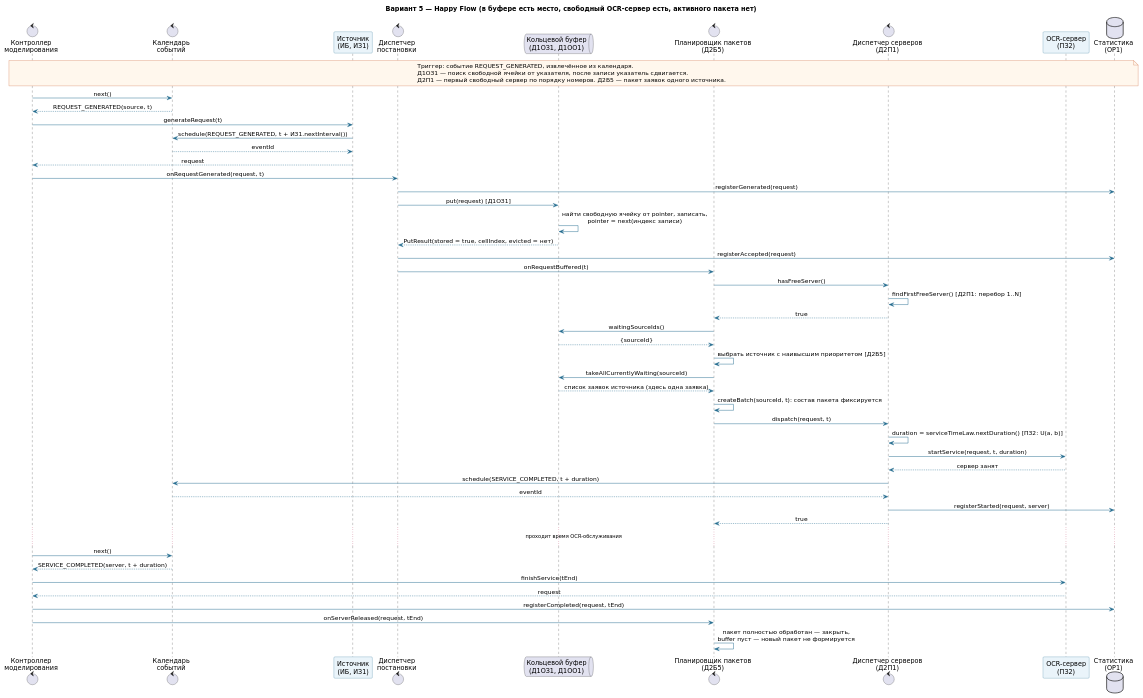
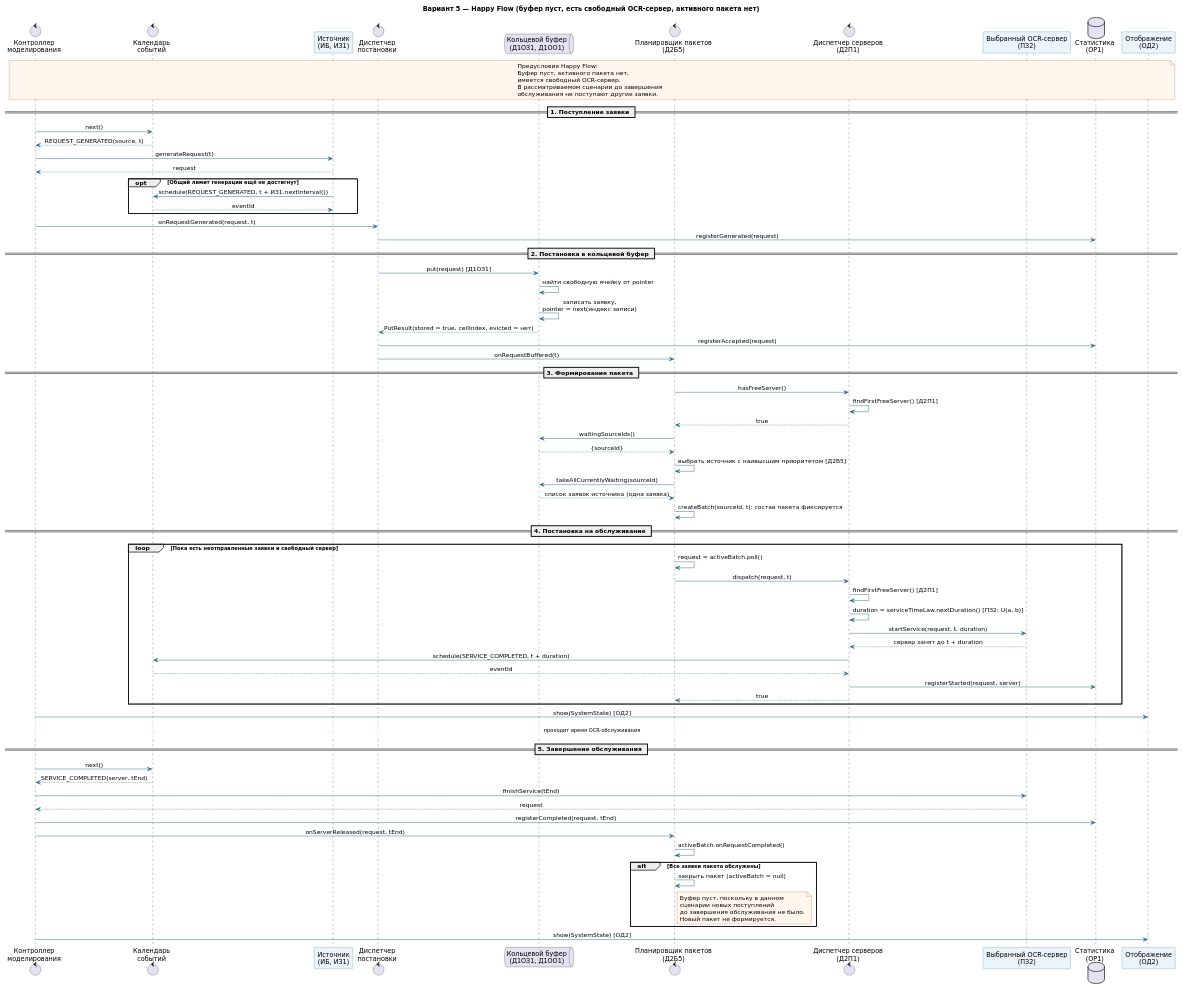
Before and after one commit to xanaoxx/smo-ocr-variant-5: the diagram in smo-ocr-variant-5/diagrams/sequence/happy-flow.puml, drawn with PlantUML. The commit also changed other lines of this file, not shown here.

```diff
--- a/smo-ocr-variant-5/diagrams/sequence/happy-flow.puml
+++ b/smo-ocr-variant-5/diagrams/sequence/happy-flow.puml
@@ -1,71 +2,117 @@
 @startuml
 skinparam backgroundColor white
 skinparam shadowing false
 skinparam defaultFontName DejaVu Sans
 skinparam sequenceMessageAlign center
 skinparam ArrowColor #236B8E
 skinparam ParticipantBorderColor #236B8E
 skinparam ParticipantBackgroundColor #EAF4FA
 skinparam NoteBackgroundColor #FFF7ED
 skinparam NoteBorderColor #C2410C
 
-title Вариант 5 — Happy Flow (в буфере есть место, свободный OCR-сервер есть, активного пакета нет)
+title Вариант 5 — Happy Flow (буфер пуст, есть свободный OCR-сервер, активного пакета нет)
 
 control "Контроллер\nмоделирования" as Controller
 control "Календарь\nсобытий" as Calendar
 participant "Источник\n(ИБ, ИЗ1)" as Source
 control "Диспетчер\nпостановки" as Placement
 queue "Кольцевой буфер\n(Д1ОЗ1, Д1ОО1)" as Buffer
 control "Планировщик пакетов\n(Д2Б5)" as Batch
 control "Диспетчер серверов\n(Д2П1)" as ServerDispatch
-participant "OCR-сервер\n(ПЗ2)" as Worker
+participant "Выбранный OCR-сервер\n(ПЗ2)" as Worker
 database "Статистика\n(ОР1)" as Stats
+participant "Отображение\n(ОД2)" as View
 
-note over Controller, Stats
-Триггер: событие REQUEST_GENERATED, извлечённое из календаря.
-Д1ОЗ1 — поиск свободной ячейки от указателя, после записи указатель сдвигается.
-Д2П1 — первый свободный сервер по порядку номеров. Д2Б5 — пакет заявок одного источника.
+note over Controller, View
+Предусловия Happy Flow:
+Буфер пуст, активного пакета нет,
+имеется свободный OCR-сервер.
+В рассматриваемом сценарии до завершения
+обслуживания не поступают другие заявки.
 end note
+
+== 1. Поступление заявки ==
 
 Controller -> Calendar: next()
 Calendar --> Controller: REQUEST_GENERATED(source, t)
+
 Controller -> Source: generateRequest(t)
-Source -> Calendar: schedule(REQUEST_GENERATED, t + ИЗ1.nextInterval())
-Calendar --> Source: eventId
 Source --> Controller: request
+
+opt Общий лимит генерации ещё не достигнут
+  Source -> Calendar: schedule(REQUEST_GENERATED, t + ИЗ1.nextInterval())
+  Calendar --> Source: eventId
+end
+
 Controller -> Placement: onRequestGenerated(request, t)
 Placement -> Stats: registerGenerated(request)
+
+== 2. Постановка в кольцевой буфер ==
+
 Placement -> Buffer: put(request) [Д1ОЗ1]
-Buffer -> Buffer: найти свободную ячейку от pointer, записать,\npointer = next(индекс записи)
+Buffer -> Buffer: найти свободную ячейку от pointer
+Buffer -> Buffer: записать заявку,\npointer = next(индекс записи)
 Buffer --> Placement: PutResult(stored = true, cellIndex, evicted = нет)
+
 Placement -> Stats: registerAccepted(request)
 Placement -> Batch: onRequestBuffered(t)
 
+== 3. Формирование пакета ==
+
 Batch -> ServerDispatch: hasFreeServer()
-ServerDispatch -> ServerDispatch: findFirstFreeServer() [Д2П1: перебор 1..N]
+ServerDispatch -> ServerDispatch: findFirstFreeServer() [Д2П1]
 ServerDispatch --> Batch: true
+
 Batch -> Buffer: waitingSourceIds()
 Buffer --> Batch: {sourceId}
+
 Batch -> Batch: выбрать источник с наивысшим приоритетом [Д2Б5]
 Batch -> Buffer: takeAllCurrentlyWaiting(sourceId)
-Buffer --> Batch: список заявок источника (здесь одна заявка)
+Buffer --> Batch: список заявок источника (одна заявка)
+
 Batch -> Batch: createBatch(sourceId, t): состав пакета фиксируется
-Batch -> ServerDispatch: dispatch(request, t)
-ServerDispatch -> ServerDispatch: duration = serviceTimeLaw.nextDuration() [ПЗ2: U(a, b)]
-ServerDispatch -> Worker: startService(request, t, duration)
-Worker --> ServerDispatch: сервер занят
-ServerDispatch -> Calendar: schedule(SERVICE_COMPLETED, t + duration)
-Calendar --> ServerDispatch: eventId
-ServerDispatch -> Stats: registerStarted(request, server)
-ServerDispatch --> Batch: true
+
+== 4. Постановка на обслуживание ==
+
+loop Пока есть неотправленные заявки и свободный сервер
+  Batch -> Batch: request = activeBatch.poll()
+  Batch -> ServerDispatch: dispatch(request, t)
+  ServerDispatch -> ServerDispatch: findFirstFreeServer() [Д2П1]
+  ServerDispatch -> ServerDispatch: duration = serviceTimeLaw.nextDuration() [ПЗ2: U(a, b)]
+  ServerDispatch -> Worker: startService(request, t, duration)
+  Worker --> ServerDispatch: сервер занят до t + duration
+  ServerDispatch -> Calendar: schedule(SERVICE_COMPLETED, t + duration)
+  Calendar --> ServerDispatch: eventId
+  ServerDispatch -> Stats: registerStarted(request, server)
+  ServerDispatch --> Batch: true
+end
+
+Controller -> View: show(SystemState) [ОД2]
 
 ... проходит время OCR-обслуживания ...
 
+== 5. Завершение обслуживания ==
+
 Controller -> Calendar: next()
-Calendar --> Controller: SERVICE_COMPLETED(server, t + duration)
+Calendar --> Controller: SERVICE_COMPLETED(server, tEnd)
+
 Controller -> Worker: finishService(tEnd)
 Worker --> Controller: request
+
 Controller -> Stats: registerCompleted(request, tEnd)
 Controller -> Batch: onServerReleased(request, tEnd)
-Batch -> Batch: пакет полностью обработан — закрыть,\nbuffer пуст — новый пакет не формируется
+Batch -> Batch: activeBatch.onRequestCompleted()
+
+alt Все заявки пакета обслужены
+  Batch -> Batch: закрыть пакет (activeBatch = null)
+  note right of Batch
+    Буфер пуст, поскольку в данном
+    сценарии новых поступлений
+    до завершения обслуживания не было.
+    Новый пакет не формируется.
+  end note
+end
+
+Controller -> View: show(SystemState) [ОД2]
+
 @enduml
```
